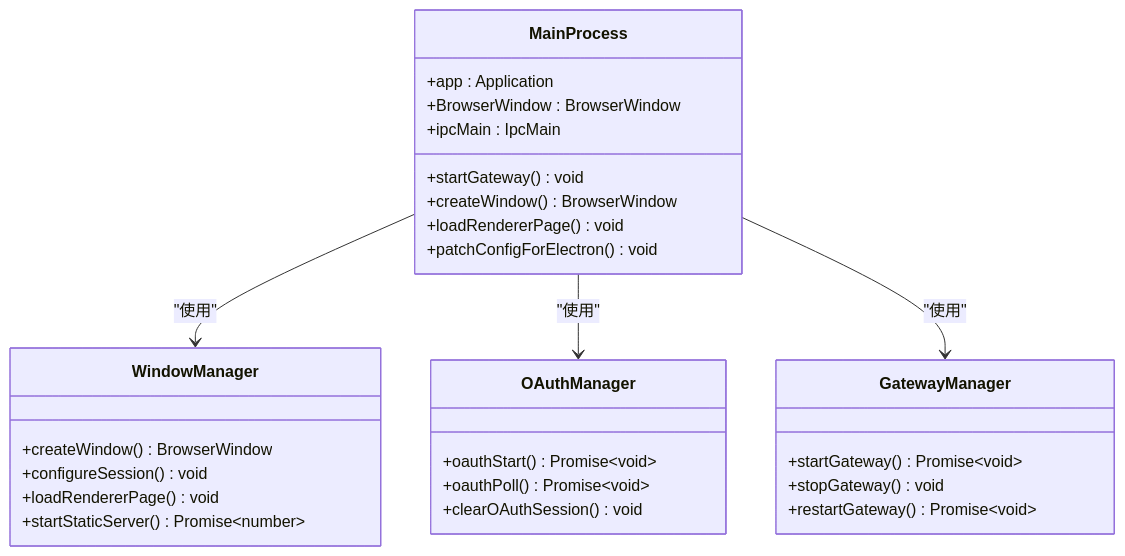
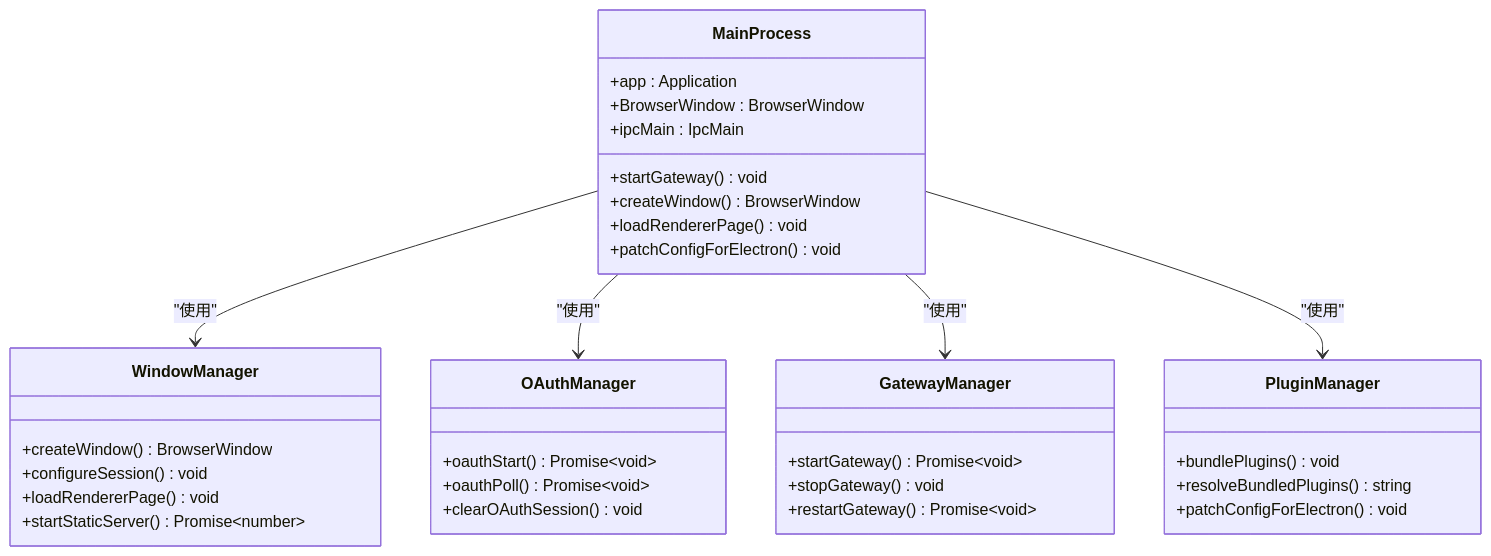
Before and after one commit to verse-ai-org/openclaw: the second of 8 diagrams in .qoder/repowiki/zh/content/Electron Packaging Configuration.md, drawn with Mermaid. The commit also changed other lines of this file and 9 other files, not shown here.

````diff
--- a/.qoder/repowiki/zh/content/Electron Packaging Configuration.md
+++ b/.qoder/repowiki/zh/content/Electron Packaging Configuration.md
@@ -87,31 +109,37 @@
 ```mermaid
 classDiagram
 class MainProcess {
 +app : Application
 +BrowserWindow : BrowserWindow
 +ipcMain : IpcMain
 +startGateway() void
 +createWindow() BrowserWindow
 +loadRendererPage() void
 +patchConfigForElectron() void
 }
 class WindowManager {
 +createWindow() BrowserWindow
 +configureSession() void
 +loadRendererPage() void
 +startStaticServer() Promise~number~
 }
 class OAuthManager {
 +oauthStart() Promise~void~
 +oauthPoll() Promise~void~
 +clearOAuthSession() void
 }
 class GatewayManager {
 +startGateway() Promise~void~
 +stopGateway() void
 +restartGateway() Promise~void~
 }
+class PluginManager {
++bundlePlugins() void
++resolveBundledPlugins() string
++patchConfigForElectron() void
+}
 MainProcess --> WindowManager : "使用"
 MainProcess --> OAuthManager : "使用"
 MainProcess --> GatewayManager : "使用"
+MainProcess --> PluginManager : "使用"
 ```
````
